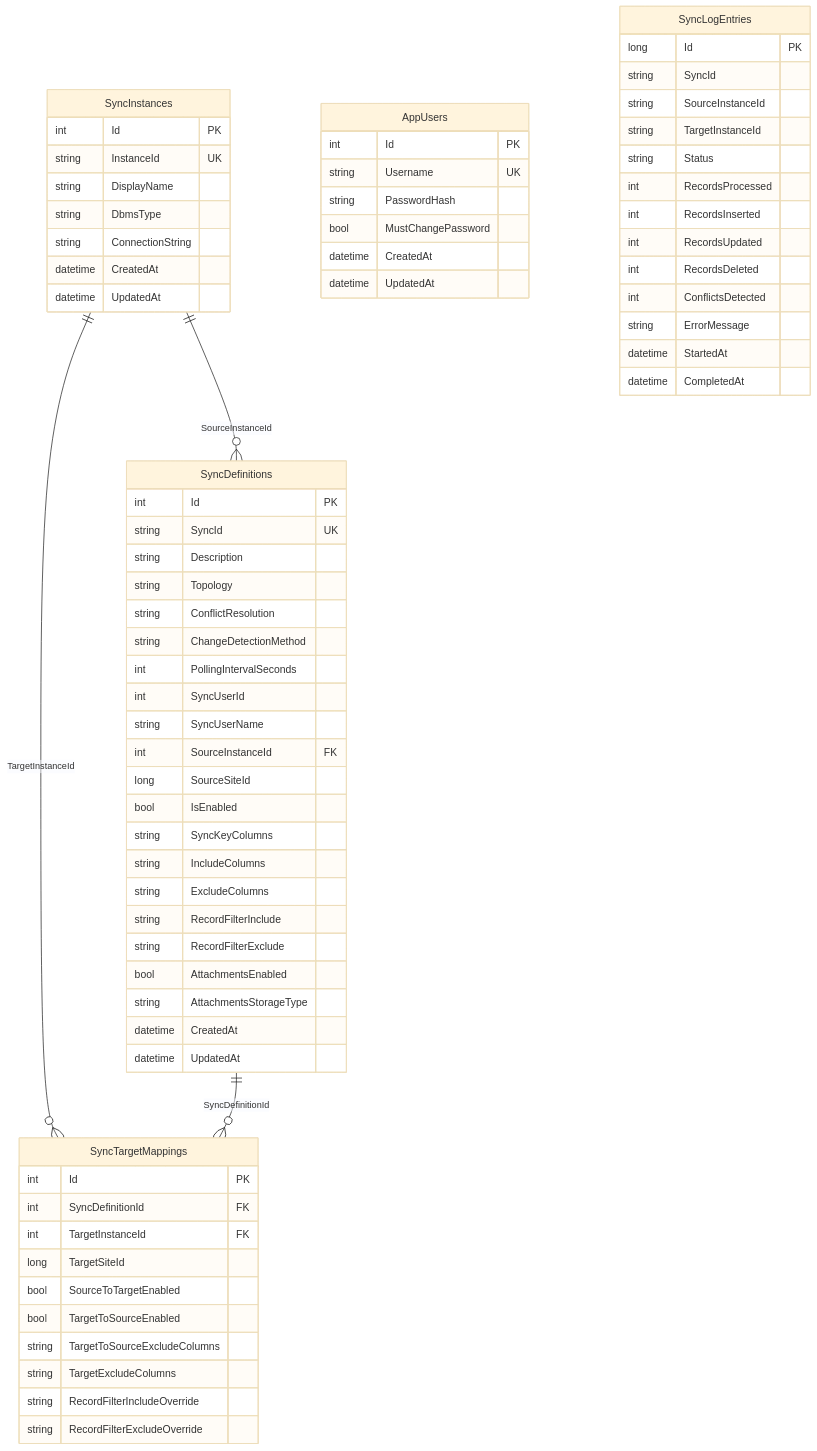
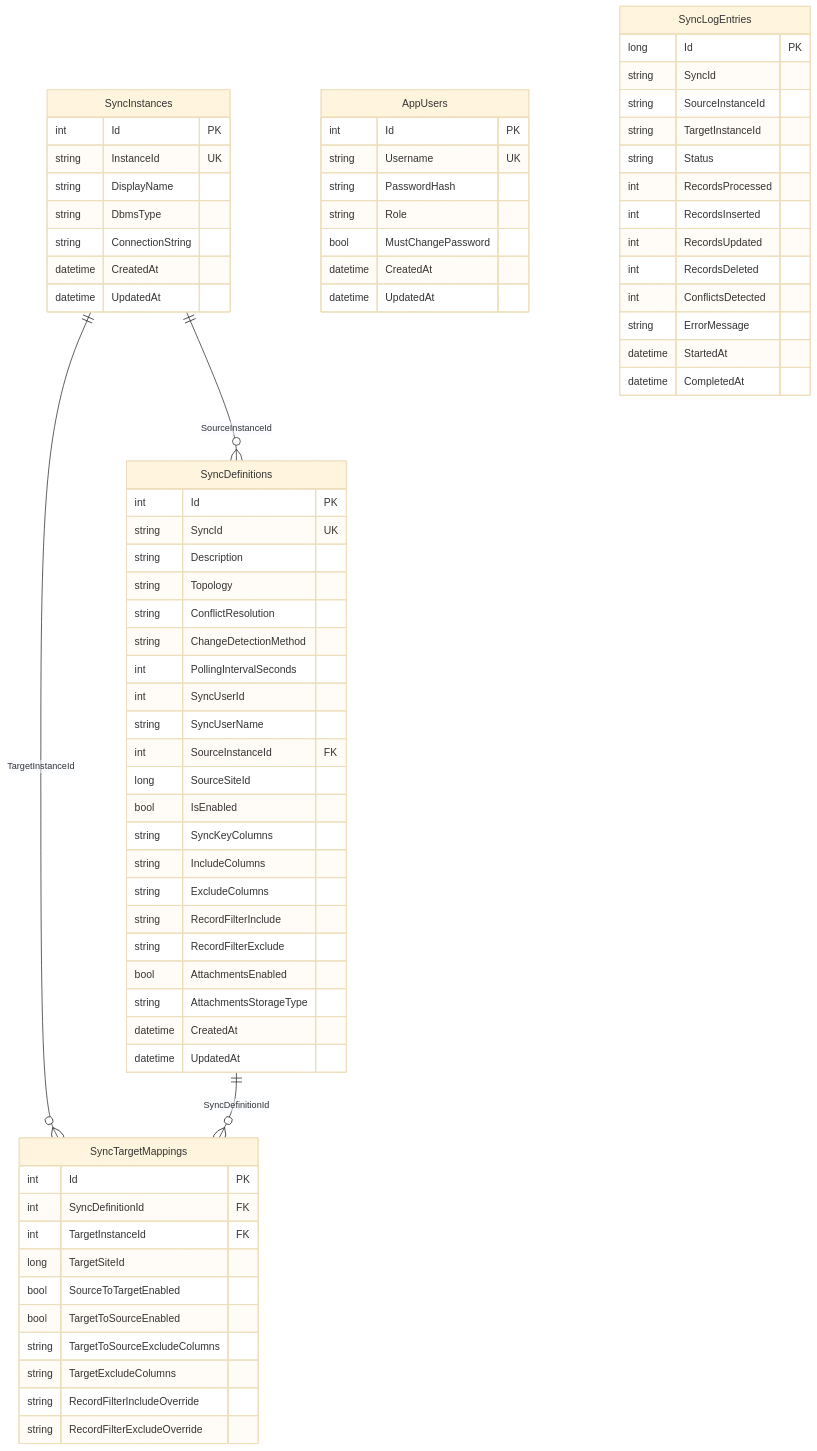
The diagram in docs/wiki/database-schema.md (vehiclevisionjp/VehicleVision.Pleasanter.ReplicaSync), drawn with Mermaid (base theme) before and after one commit. The commit also changed other lines of this file and 15 other files, not shown here.

````diff
--- a/docs/wiki/database-schema.md
+++ b/docs/wiki/database-schema.md
@@ -44,78 +45,79 @@
 ```mermaid
 erDiagram
     SyncInstances ||--o{ SyncDefinitions : "SourceInstanceId"
     SyncInstances ||--o{ SyncTargetMappings : "TargetInstanceId"
     SyncDefinitions ||--o{ SyncTargetMappings : "SyncDefinitionId"
 
     AppUsers {
         int Id PK
         string Username UK
         string PasswordHash
+        string Role
         bool MustChangePassword
         datetime CreatedAt
         datetime UpdatedAt
     }
 
     SyncInstances {
         int Id PK
         string InstanceId UK
         string DisplayName
         string DbmsType
         string ConnectionString
         datetime CreatedAt
         datetime UpdatedAt
     }
 
     SyncDefinitions {
         int Id PK
         string SyncId UK
         string Description
         string Topology
         string ConflictResolution
         string ChangeDetectionMethod
         int PollingIntervalSeconds
         int SyncUserId
         string SyncUserName
         int SourceInstanceId FK
         long SourceSiteId
         bool IsEnabled
         string SyncKeyColumns
         string IncludeColumns
         string ExcludeColumns
         string RecordFilterInclude
         string RecordFilterExclude
         bool AttachmentsEnabled
         string AttachmentsStorageType
         datetime CreatedAt
         datetime UpdatedAt
     }
 
     SyncTargetMappings {
         int Id PK
         int SyncDefinitionId FK
         int TargetInstanceId FK
         long TargetSiteId
         bool SourceToTargetEnabled
         bool TargetToSourceEnabled
         string TargetToSourceExcludeColumns
         string TargetExcludeColumns
         string RecordFilterIncludeOverride
         string RecordFilterExcludeOverride
     }
 
     SyncLogEntries {
         long Id PK
         string SyncId
         string SourceInstanceId
         string TargetInstanceId
         string Status
         int RecordsProcessed
         int RecordsInserted
         int RecordsUpdated
         int RecordsDeleted
         int ConflictsDetected
         string ErrorMessage
         datetime StartedAt
         datetime CompletedAt
     }
 ```
````
